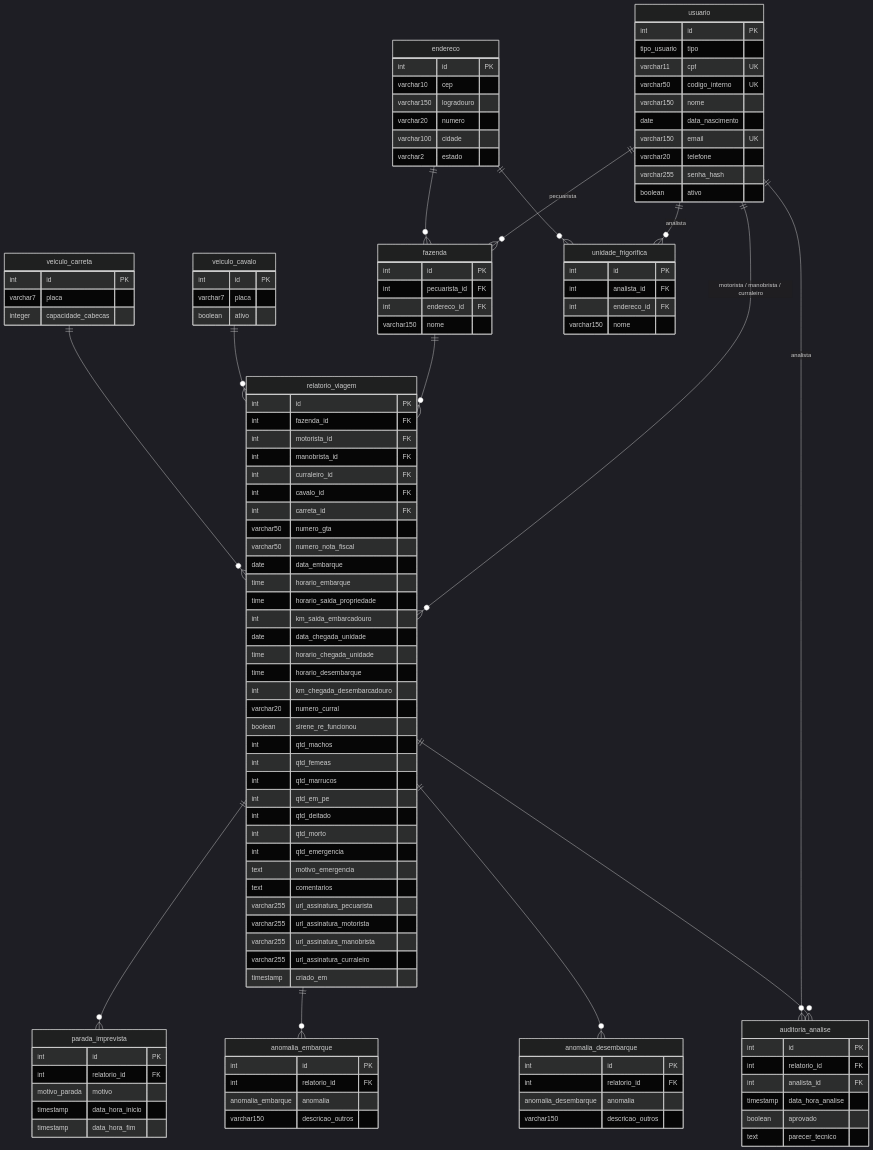
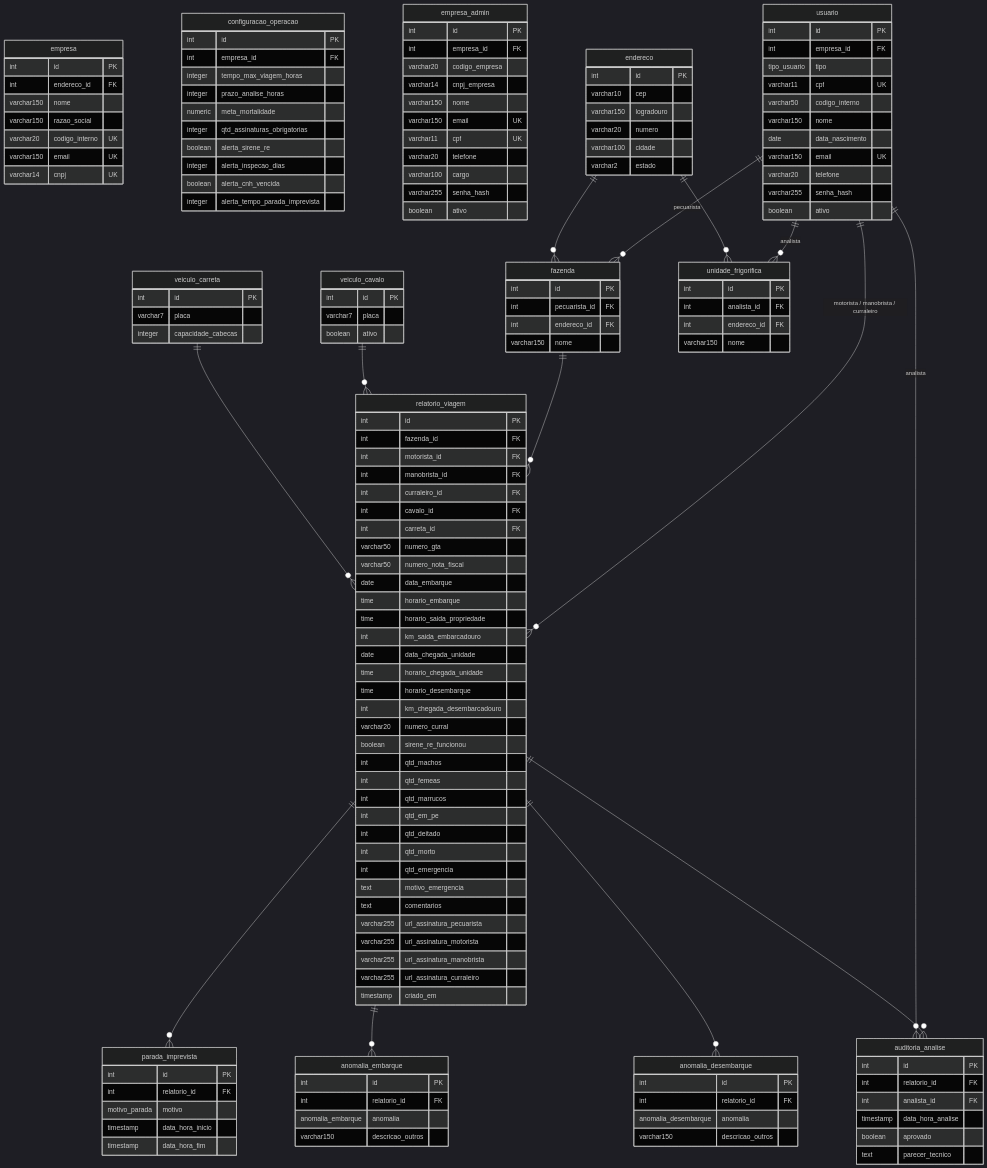
The diagram in docs/DATABASE_DIAGRAM.md (Efficientia/Efficientia-API), drawn with Mermaid (dark theme) before and after one commit. The commit also changed 27 other files, not shown here.

````diff
--- a/docs/DATABASE_DIAGRAM.md
+++ b/docs/DATABASE_DIAGRAM.md
@@ -9,10 +9,48 @@
 ```mermaid
 erDiagram
+    empresa {
+        int id PK
+        int endereco_id FK
+        varchar150 nome
+        varchar150 razao_social
+        varchar20 codigo_interno UK
+        varchar150 email UK
+        varchar14 cnpj UK
+    }
+
+    configuracao_operacao {
+        int id PK
+        int empresa_id FK
+        integer tempo_max_viagem_horas
+        integer prazo_analise_horas
+        numeric meta_mortalidade
+        integer qtd_assinaturas_obrigatorias
+        boolean alerta_sirene_re
+        integer alerta_inspecao_dias
+        boolean alerta_cnh_vencida
+        integer alerta_tempo_parada_imprevista
+    }
+
+    empresa_admin {
+        int id PK
+        int empresa_id FK
+        varchar20 codigo_empresa
+        varchar14 cnpj_empresa
+        varchar150 nome
+        varchar150 email UK
+        varchar11 cpf UK
+        varchar20 telefone
+        varchar100 cargo
+        varchar255 senha_hash
+        boolean ativo
+    }
+
     usuario {
         int id PK
+        int empresa_id FK
         tipo_usuario tipo
         varchar11 cpf UK
-        varchar50 codigo_interno UK
+        varchar50 codigo_interno
         varchar150 nome
         date data_nascimento
         varchar150 email UK
@@ -20,7 +58,6 @@
         varchar255 senha_hash
         boolean ativo
     }
-
     veiculo_cavalo {
         int id PK
         varchar7 placa
````
